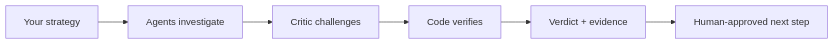
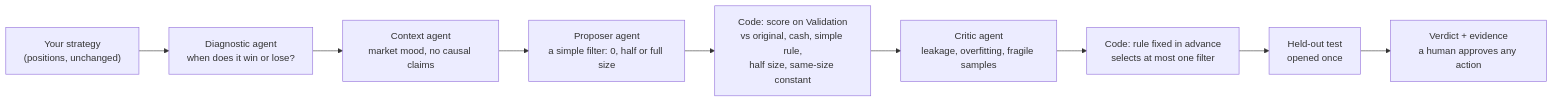
Before and after one commit to katrvx/PlusEV: the diagram in README.md, drawn with Mermaid. The commit also changed other lines of this file and 5 other files, not shown here.

````diff
--- a/README.md
+++ b/README.md
@@ -66,8 +76,11 @@
 ```mermaid
 flowchart LR
-    S["Your strategy"] --> I["Agents investigate"]
-    I --> C["Critic challenges"]
-    C --> V["Code verifies"]
-    V --> D["Verdict + evidence"]
-    D --> H["Human-approved next step"]
+    S["Your strategy<br/>(positions, unchanged)"] --> D["Diagnostic agent<br/>when does it win or lose?"]
+    D --> X["Context agent<br/>market mood, no causal claims"]
+    X --> P["Proposer agent<br/>a simple filter: 0, half or full size"]
+    P --> Q["Code: score on Validation<br/>vs original, cash, simple rule,<br/>half size, same-size constant"]
+    Q --> C["Critic agent<br/>leakage, overfitting, fragile samples"]
+    C --> R["Code: rule fixed in advance<br/>selects at most one filter"]
+    R --> T["Held-out test<br/>opened once"]
+    T --> V["Verdict + evidence<br/>a human approves any action"]
 ```
````
